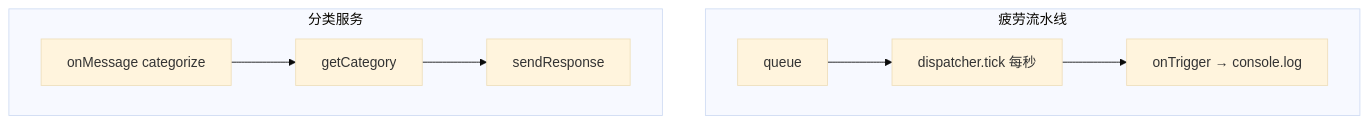
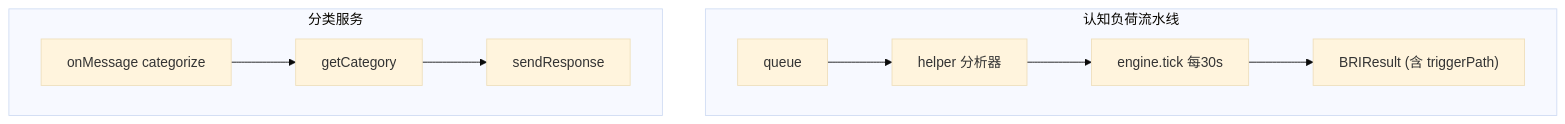
Before and after one commit to MingxuanGame/BrainRest: the diagram in .qoder/repowiki/zh/content/架构设计/组件架构/后台服务架构/后台服务架构.md, drawn with Mermaid (base theme). The commit also changed other lines of this file and 70 other files, not shown here.

````diff
--- a/.qoder/repowiki/zh/content/架构设计/组件架构/后台服务架构/后台服务架构.md
+++ b/.qoder/repowiki/zh/content/架构设计/组件架构/后台服务架构/后台服务架构.md
@@ -52,11 +60,12 @@
 ```mermaid
 graph TB
-subgraph 疲劳流水线
-Q["queue"] --> D["dispatcher.tick 每秒"]
-D --> T["onTrigger → console.log"]
+subgraph 认知负荷流水线
+Q["queue"] --> H["helper 分析器"]
+H --> E["engine.tick 每30s"]
+E --> R["BRIResult (含 triggerPath)"]
 end
 subgraph 分类服务
 M["onMessage categorize"] --> G["getCategory"]
-G --> R["sendResponse"]
+G --> RR["sendResponse"]
 end
 ```
````
